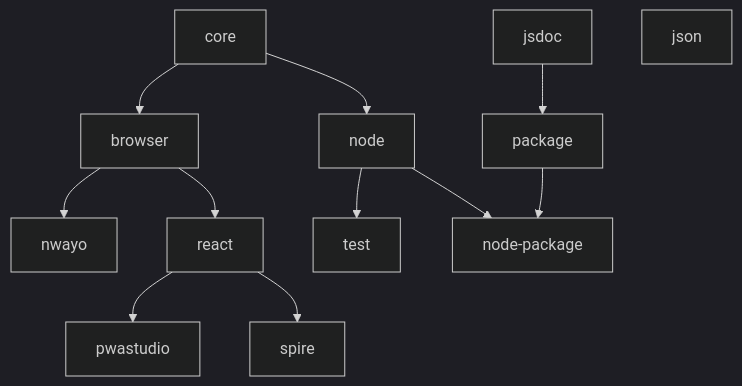
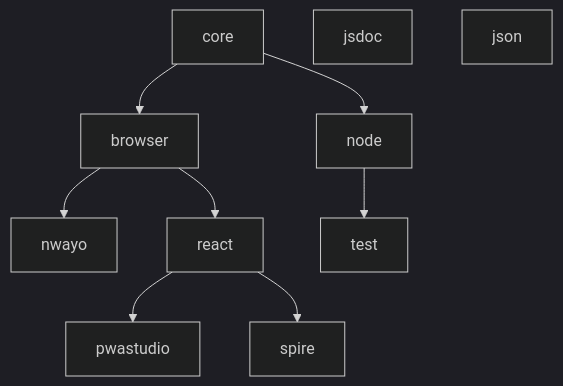
One commit to absolunet/eslint-config changed the diagram in README.md. Above: the diagram before and after it, drawn with Mermaid (dark theme). The commit also changed other lines of this file and 29 other files, not shown here.

Commit message:
Remove packages `@absolunet/eslint-config-node-package` and `@absolunet/eslint-config-package`

````diff
--- a/README.md
+++ b/README.md
@@ -27,12 +25,10 @@
 ```mermaid
   graph TD;
     core --> browser & node
       browser --> nwayo & react
         react --> pwastudio & spire
       node --> test
-    jsdoc --> package
-
-    node & package --> node-package
+    jsdoc
 
     json
 ```
````
